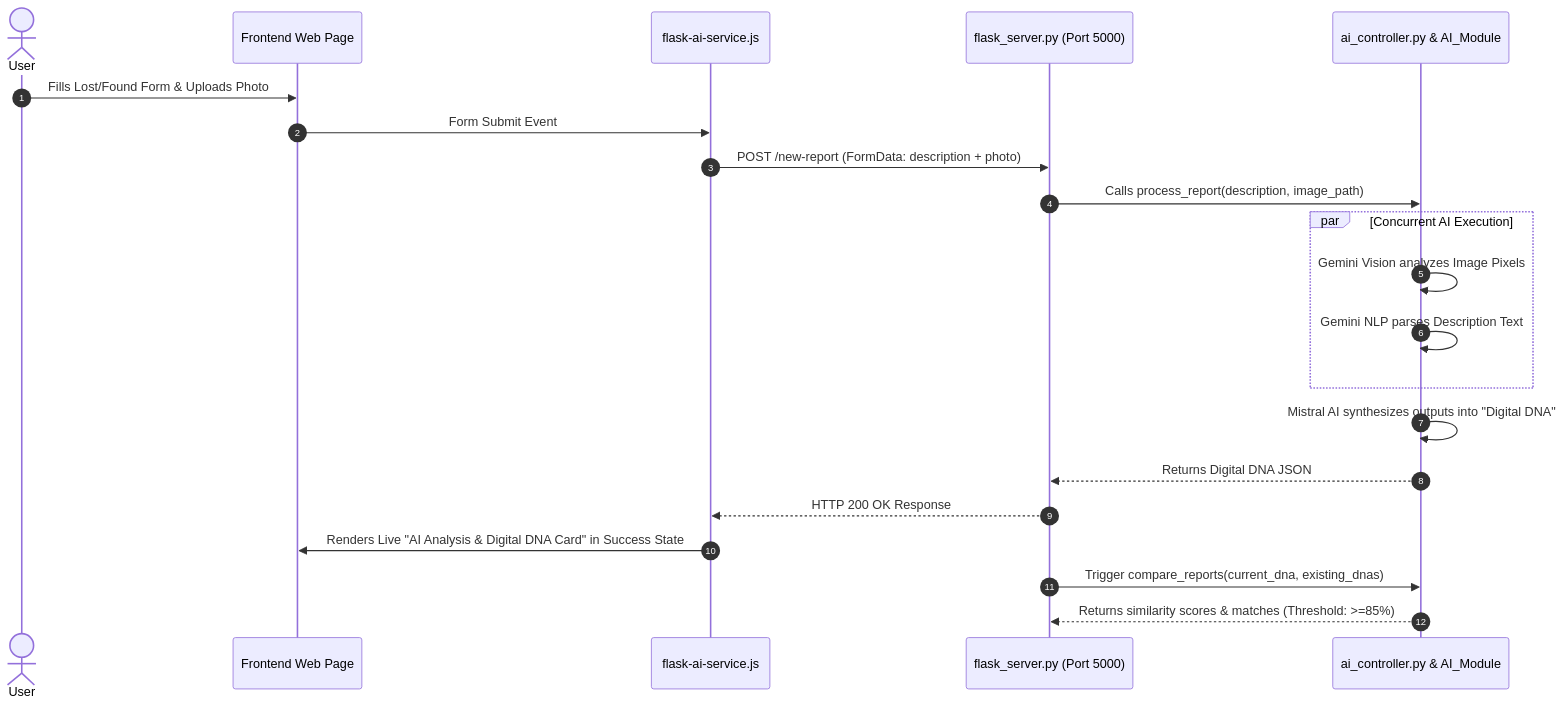
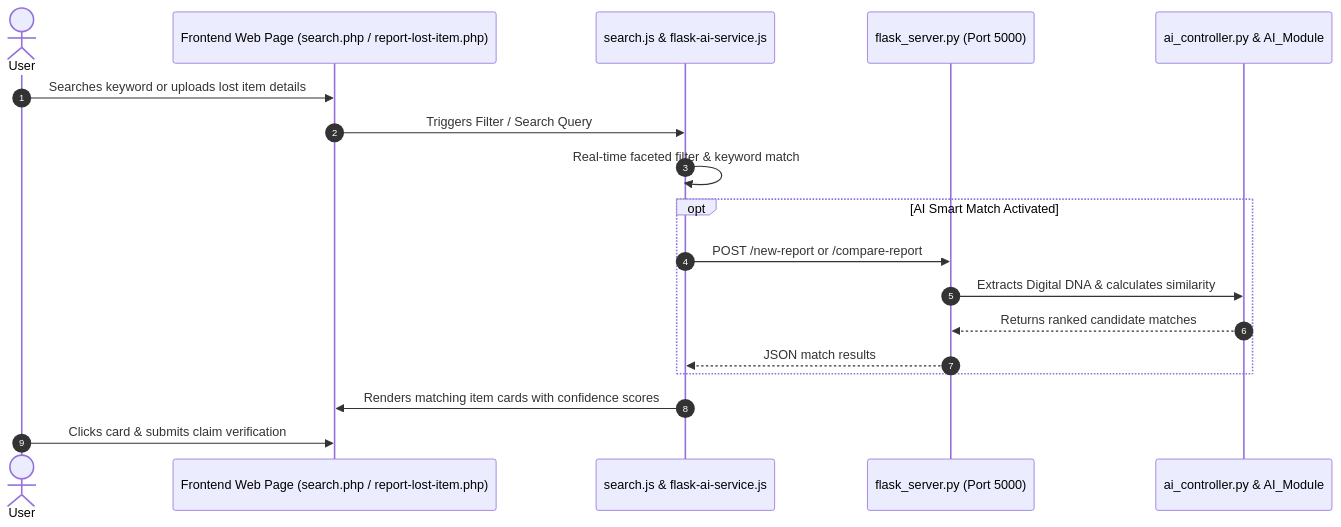
Before and after one commit to Tej142/Reunite: the diagram in read.md, drawn with Mermaid. The commit also changed other lines of this file and 38 other files, not shown here.

Commit message:
Update Reunite with refined AI vision, dynamic DNA form, and enhanced UI, Dark Theme was added, report submitting UI changed with extracted details

````diff
--- a/read.md
+++ b/read.md
@@ -80,27 +110,21 @@
 ```mermaid
 sequenceDiagram
     autonumber
     actor User
-    participant UI as Frontend Web Page
-    participant JS as flask-ai-service.js
+    participant UI as Frontend Web Page (search.php / report-lost-item.php)
+    participant JS as search.js & flask-ai-service.js
     participant Flask as flask_server.py (Port 5000)
     participant AI as ai_controller.py & AI_Module
 
-    User->>UI: Fills Lost/Found Form & Uploads Photo
-    UI->>JS: Form Submit Event
-    JS->>Flask: POST /new-report (FormData: description + photo)
-    Flask->>AI: Calls process_report(description, image_path)
-    
-    par Concurrent AI Execution
-        AI->>AI: Gemini Vision analyzes Image Pixels
-        AI->>AI: Gemini NLP parses Description Text
+    User->>UI: Searches keyword or uploads lost item details
+    UI->>JS: Triggers Filter / Search Query
+    JS->>JS: Real-time faceted filter & keyword match
+    opt AI Smart Match Activated
+        JS->>Flask: POST /new-report or /compare-report
+        Flask->>AI: Extracts Digital DNA & calculates similarity
+        AI-->>Flask: Returns ranked candidate matches
+        Flask-->>JS: JSON match results
     end
-    
-    AI->>AI: Mistral AI synthesizes outputs into "Digital DNA"
-    AI-->>Flask: Returns Digital DNA JSON
-    Flask-->>JS: HTTP 200 OK Response
-    JS->>UI: Renders Live "AI Analysis & Digital DNA Card" in Success State
-    
-    Flask->>AI: Trigger compare_reports(current_dna, existing_dnas)
-    AI-->>Flask: Returns similarity scores & matches (Threshold: >=85%)
+    JS->>UI: Renders matching item cards with confidence scores
+    User->>UI: Clicks card & submits claim verification
 ```
````
